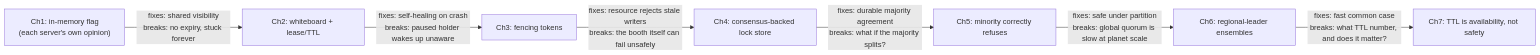
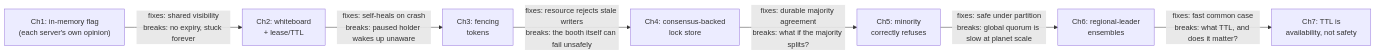
The ninth of 10 diagrams in system-design/HLD/0-course/61-Design-a-Global-Distributed-Lock-Service-FAANG-Guide-story.md (riyaz-pasha/Learnings), drawn with Mermaid before and after one commit. The commit also changed other lines of this file and 1 other file, not shown here.

Commit message:
[REWRITE] Global Distributed Lock Service story guide: simplify prose, add structure, fix diagrams

````diff
--- a/system-design/HLD/0-course/61-Design-a-Global-Distributed-Lock-Service-FAANG-Guide-story.md
+++ b/system-design/HLD/0-course/61-Design-a-Global-Distributed-Lock-Service-FAANG-Guide-story.md
@@ -404,9 +609,9 @@
 ```mermaid
 flowchart LR
-    A["Ch1: in-memory flag\n(each server's own opinion)"] -->|"fixes: shared visibility\nbreaks: no expiry, stuck forever"| B["Ch2: whiteboard + lease/TTL"]
-    B -->|"fixes: self-healing on crash\nbreaks: paused holder wakes up unaware"| C["Ch3: fencing tokens"]
-    C -->|"fixes: resource rejects stale writers\nbreaks: the booth itself can fail unsafely"| D["Ch4: consensus-backed lock store"]
-    D -->|"fixes: durable majority agreement\nbreaks: what if the majority splits?"| E["Ch5: minority correctly refuses"]
-    E -->|"fixes: safe under partition\nbreaks: global quorum is slow at planet scale"| F["Ch6: regional-leader ensembles"]
-    F -->|"fixes: fast common case\nbreaks: what TTL number, and does it matter?"| G["Ch7: TTL is availability, not safety"]
+    A["Ch1: in-memory flag<br/>(each server's own opinion)"] -->|"fixes: shared visibility<br/>breaks: no expiry, stuck forever"| B["Ch2: whiteboard<br/>+ lease/TTL"]
+    B -->|"fixes: self-heals on crash<br/>breaks: paused holder wakes up unaware"| C["Ch3: fencing<br/>tokens"]
+    C -->|"fixes: resource rejects stale writers<br/>breaks: the booth itself can fail unsafely"| D["Ch4: consensus-backed<br/>lock store"]
+    D -->|"fixes: durable majority agreement<br/>breaks: what if the majority splits?"| E["Ch5: minority<br/>correctly refuses"]
+    E -->|"fixes: safe under partition<br/>breaks: global quorum is slow at planet scale"| F["Ch6: regional-leader<br/>ensembles"]
+    F -->|"fixes: fast common case<br/>breaks: what TTL, and does it matter?"| G["Ch7: TTL is<br/>availability, not safety"]
 ```
````
